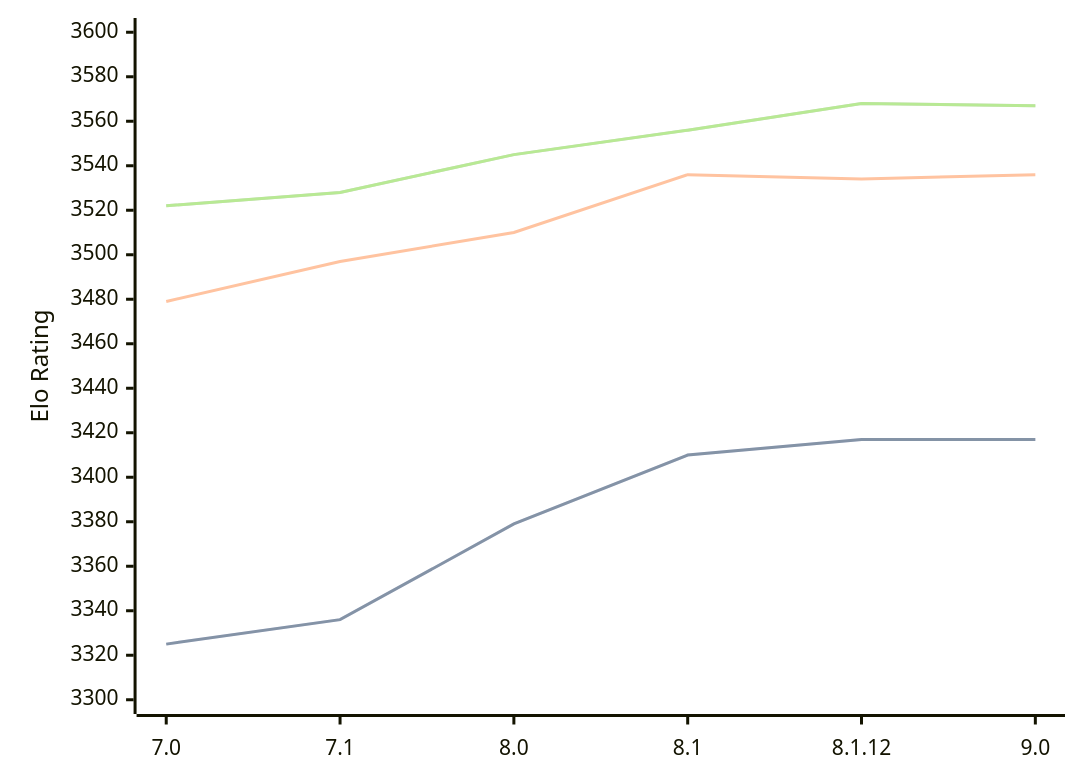
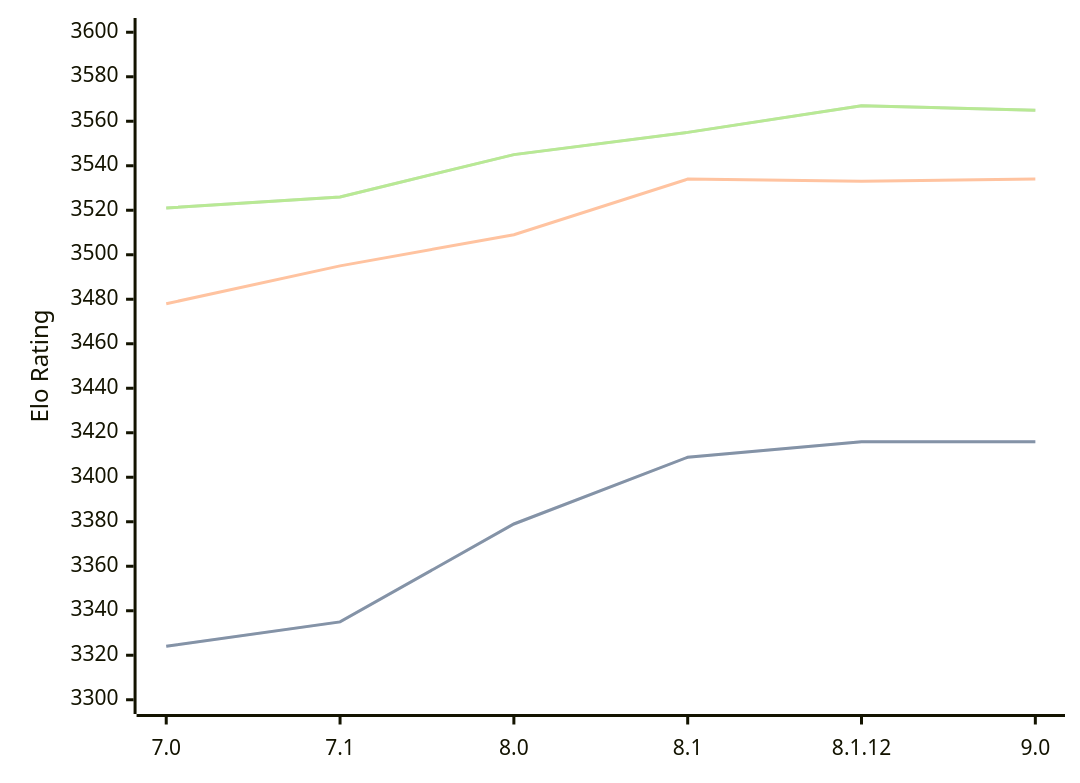
One commit to computer-chess-index/cci changed the diagram in engines/Alexandria.md. Above: the diagram before and after it, drawn with Mermaid. The commit also changed other lines of this file, not shown here.

Commit message:
Update CCI Ratings (ELO VLTC) - 2026-08-04

````diff
--- a/engines/Alexandria.md
+++ b/engines/Alexandria.md
@@ -55,11 +55,11 @@
 ```mermaid
 %%{init: {"theme":"base","themeVariables":{"seriesColors:['#a3a3a3','#222221','#faa371']}}}%%
 xychart-beta
   x-axis ["7.0", "7.1", "8.0", "8.1", "8.1.12", "9.0"]
   y-axis "Elo Rating" 3300 --> 3600
-  line "STC (8.0+0.08s)" [3325, 3336, 3379, 3410, 3417, 3417]
-  line "STC (8.0+0.08s)" [3325, 3336, 3379, 3410, 3417, 3417]
-  line "LTC (60.0+0.60s)" [3479, 3497, 3510, 3536, 3534, 3536]
-  line "VLTC (2m24s+1.12s)" [3522, 3528, 3545, 3556, 3568, 3567]
-  line "VLTC (2m24s+1.12s)" [3522, 3528, 3545, 3556, 3568, 3567]
+  line "STC (8.0+0.08s)" [3324, 3335, 3379, 3409, 3416, 3416]
+  line "STC (8.0+0.08s)" [3324, 3335, 3379, 3409, 3416, 3416]
+  line "LTC (60.0+0.60s)" [3478, 3495, 3509, 3534, 3533, 3534]
+  line "VLTC (2m24s+1.12s)" [3521, 3526, 3545, 3555, 3567, 3565]
+  line "VLTC (2m24s+1.12s)" [3521, 3526, 3545, 3555, 3567, 3565]
 ```
````
